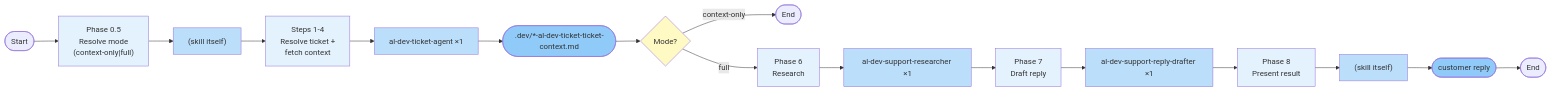
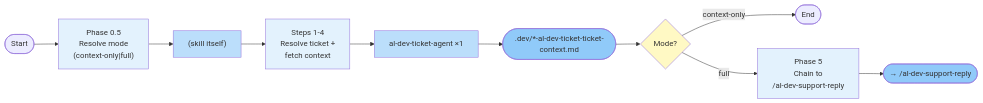
One commit to russell-laing/al-dev-shared changed the second of 23 diagrams in docs/al-dev-skills-map.md. Above: the diagram before and after it, drawn with Mermaid. The commit also changed other lines of this file, not shown here.

First line of the commit message:
docs: update skill and agent maps for atomization and agent splits

````diff
--- a/docs/al-dev-skills-map.md
+++ b/docs/al-dev-skills-map.md
@@ -109,33 +117,22 @@
 ```mermaid
 flowchart LR
     Start([Start]) --> Phase05["Phase 0.5<br/>Resolve mode<br/>(context-only|full)"]
     Phase05 --> SkillWork05["(skill itself)"]
     SkillWork05 --> Phase1["Steps 1-4<br/>Resolve ticket +<br/>fetch context"]
     Phase1 --> Agent1["al-dev-ticket-agent ×1"]
     Agent1 --> Output1F([".dev/*-al-dev-ticket-ticket-context.md"])
     Output1F --> Phase5{Mode?}
 
     Phase5 -->|context-only| End1([End])
-    Phase5 -->|full| Phase6["Phase 6<br/>Research"]
-    Phase6 --> Agent2["al-dev-support-researcher ×1"]
-    Agent2 --> Phase7["Phase 7<br/>Draft reply"]
-    Phase7 --> Agent3["al-dev-support-reply-drafter ×1"]
-    Agent3 --> Phase8["Phase 8<br/>Present result"]
-    Phase8 --> SkillWork8["(skill itself)"]
-    SkillWork8 --> Output2(["customer reply"])
-    Output2 --> End2([End])
+    Phase5 -->|full| Chain["Phase 5<br/>Chain to<br/>/al-dev-support-reply"]
+    Chain --> End2(["→ /al-dev-support-reply"])
 
     style Phase05 fill:#e3f2fd
     style Phase1 fill:#e3f2fd
     style Phase5 fill:#fff9c4
-    style Phase6 fill:#e3f2fd
-    style Phase7 fill:#e3f2fd
-    style Phase8 fill:#e3f2fd
+    style Chain fill:#e3f2fd
     style SkillWork05 fill:#bbdefb
-    style SkillWork8 fill:#bbdefb
     style Agent1 fill:#bbdefb
-    style Agent2 fill:#bbdefb
-    style Agent3 fill:#bbdefb
     style Output1F fill:#90caf9
-    style Output2 fill:#90caf9
+    style End2 fill:#90caf9
 ```
````
